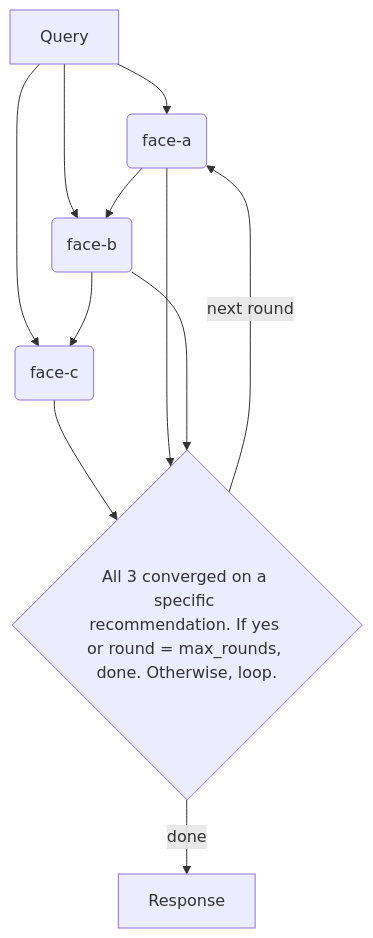
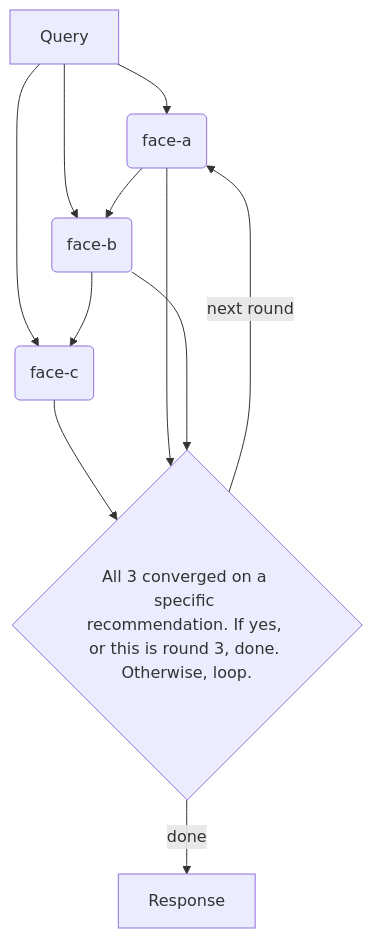
The first of 5 diagrams in skills/faceteam/SKILL.md (faces-sh/faces-skill), drawn with Mermaid before and after one commit. The commit also changed other lines of this file and 13 other files, not shown here.

````diff
--- a/skills/faceteam/SKILL.md
+++ b/skills/faceteam/SKILL.md
@@ -202,13 +203,13 @@
 ```mermaid
 graph TD
     Q[Query] --> A(face-a)
     Q --> B(face-b)
     Q --> C(face-c)
     A --> B
     B --> C
-    C --> CHK{All 3 converged on a specific recommendation. If yes or round = max_rounds, done. Otherwise, loop.}
+    C --> CHK{All 3 converged on a specific recommendation. If yes, or this is round 3, done. Otherwise, loop.}
     A --> CHK
     B --> CHK
     CHK -->|next round| A
     CHK -->|done| OUT[Response]
 ```
````
